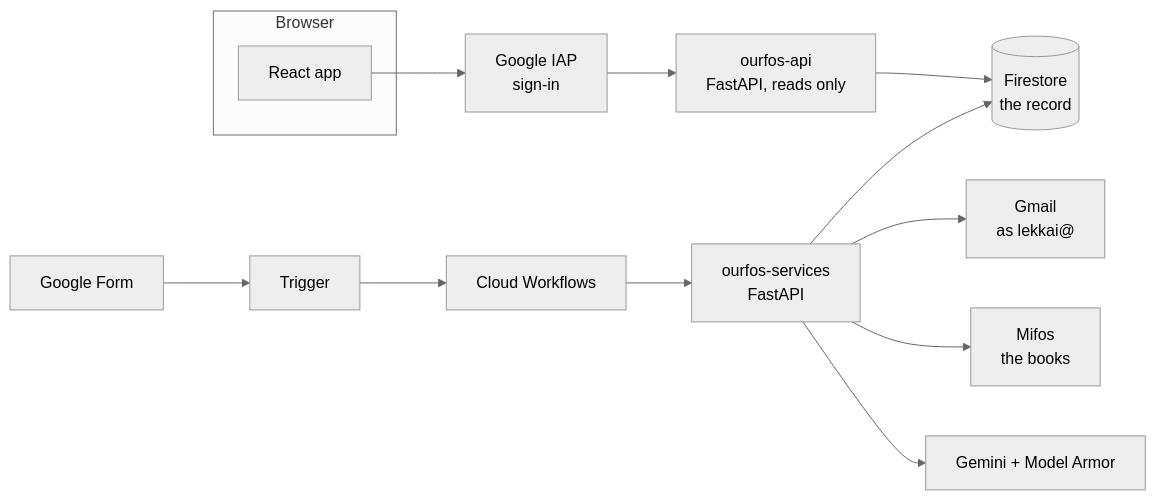
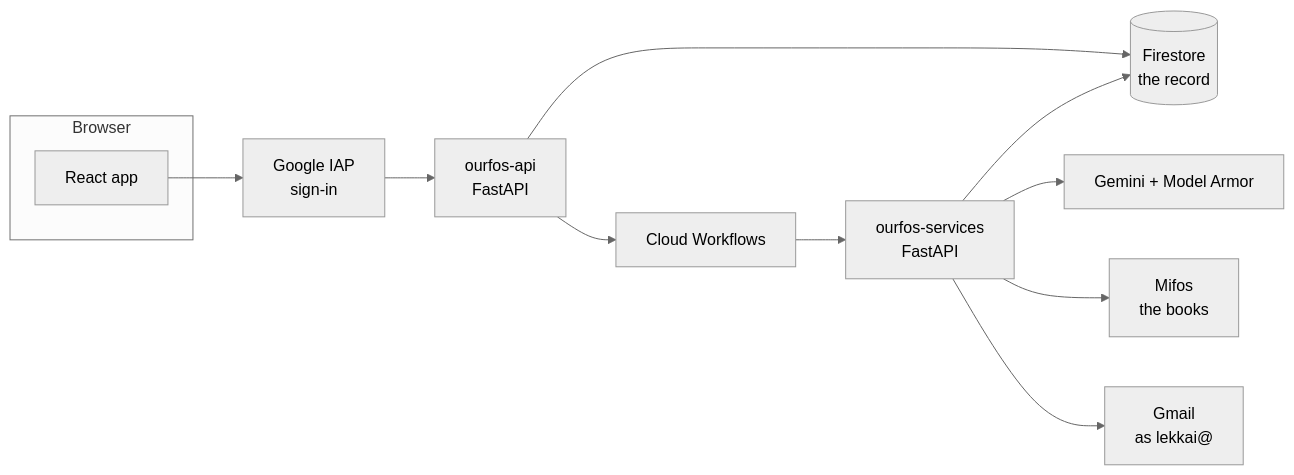
The third of 4 diagrams in README.md (tinopetros/lekka-ourfos), drawn with Mermaid (neutral theme) before and after one commit. The commit also changed 71 other files, not shown here.

````diff
--- a/README.md
+++ b/README.md
@@ -48,14 +48,14 @@
 ```mermaid
 flowchart LR
   subgraph Browser
     UI[React app]
   end
-  UI --> IAP[Google IAP<br/>sign-in] --> API[ourfos-api<br/>FastAPI, reads only]
+  UI --> IAP[Google IAP<br/>sign-in] --> API[ourfos-api<br/>FastAPI]
   API --> FS[(Firestore<br/>the record)]
-  GF[Google Form] --> T[Trigger] --> WF[Cloud Workflows]
+  API --> WF[Cloud Workflows]
   WF --> S[ourfos-services<br/>FastAPI]
   S --> G[Gemini + Model Armor]
   S --> MF[Mifos<br/>the books]
   S --> GM[Gmail<br/>as lekkai@]
   S --> FS
 ```
````
